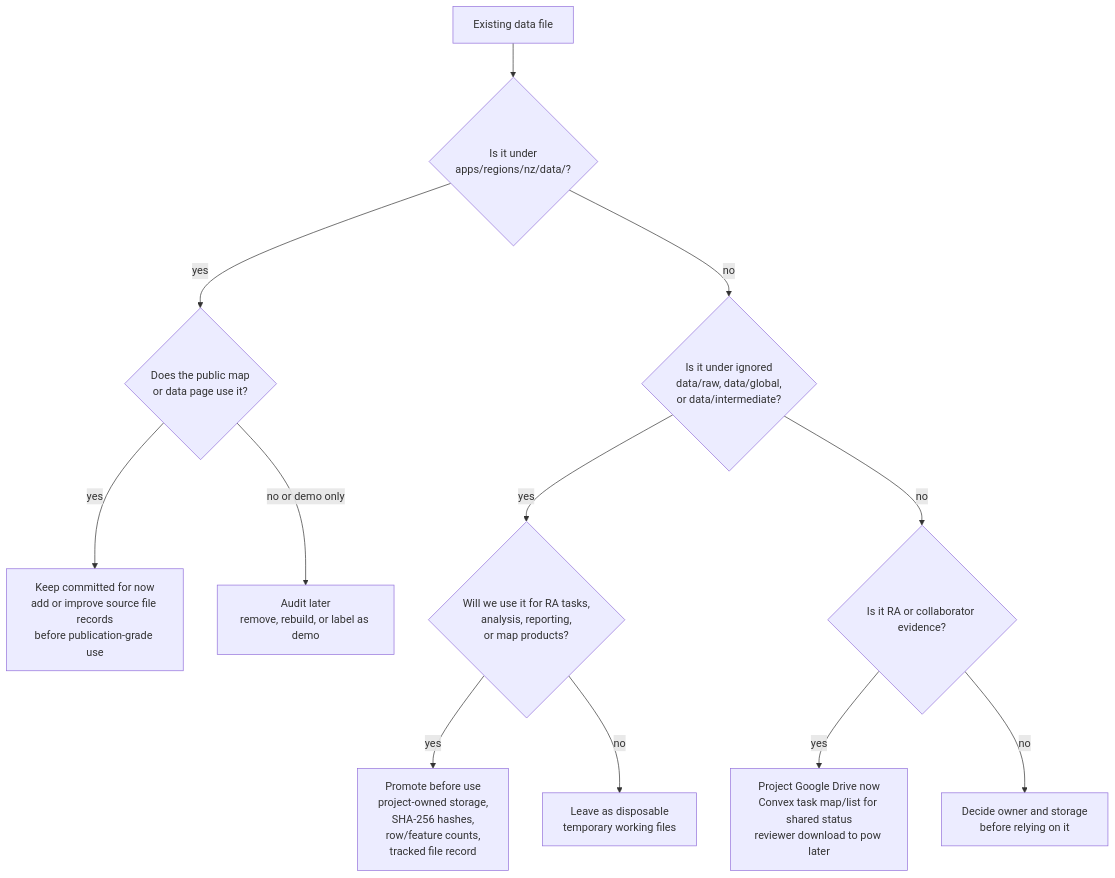
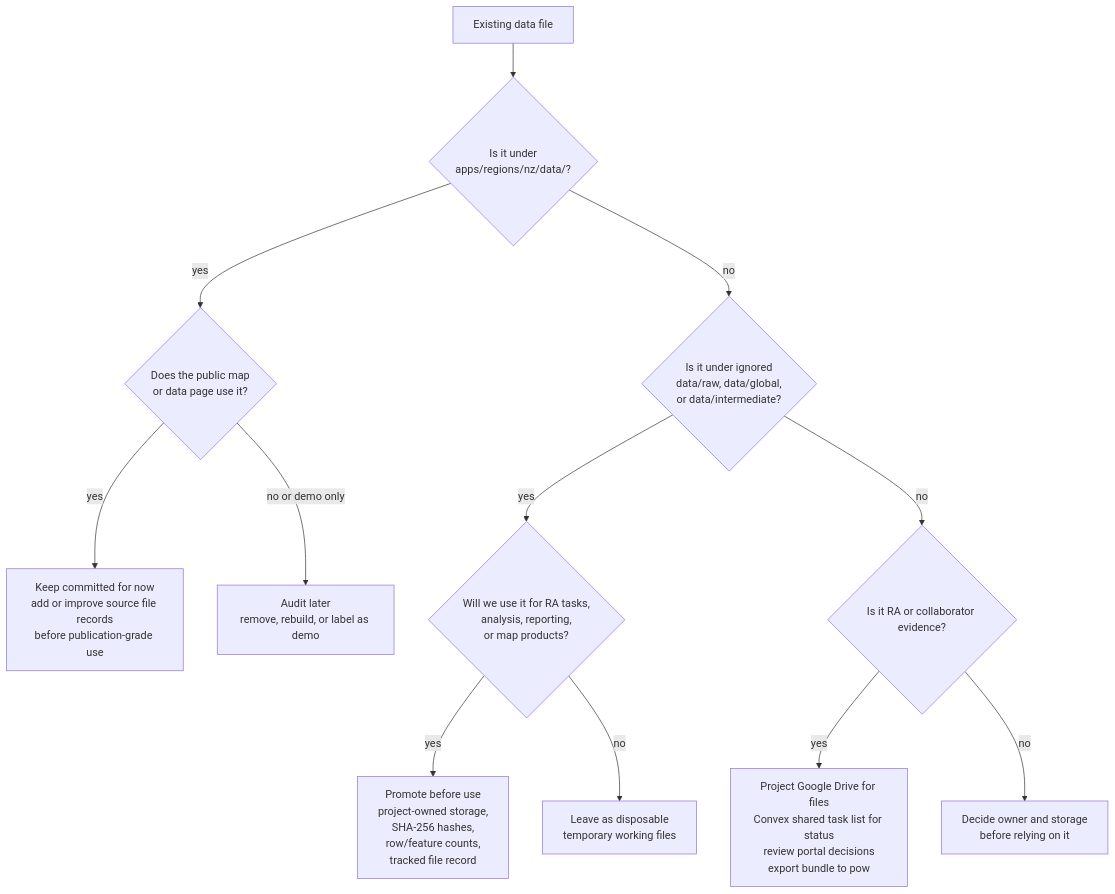
Before and after one commit to go-bayes/places-of-worship: the second of 3 diagrams in docs/data-storage-pipeline.md, drawn with Mermaid. The commit also changed other lines of this file and 4 other files, not shown here.

Commit message:
update review portal dataflow

````diff
--- a/docs/data-storage-pipeline.md
+++ b/docs/data-storage-pipeline.md
@@ -83,14 +89,14 @@
 ```mermaid
 flowchart TD
   A["Existing data file"] --> B{"Is it under<br/>apps/regions/nz/data/?"}
   B -->|yes| C{"Does the public map<br/>or data page use it?"}
   C -->|yes| D["Keep committed for now<br/>add or improve source file records<br/>before publication-grade use"]
   C -->|no or demo only| E["Audit later<br/>remove, rebuild, or label as demo"]
   B -->|no| F{"Is it under ignored<br/>data/raw, data/global,<br/>or data/intermediate?"}
   F -->|yes| G{"Will we use it for RA tasks,<br/>analysis, reporting,<br/>or map products?"}
   G -->|yes| H["Promote before use<br/>project-owned storage,<br/>SHA-256 hashes,<br/>row/feature counts,<br/>tracked file record"]
   G -->|no| I["Leave as disposable<br/>temporary working files"]
   F -->|no| J{"Is it RA or collaborator evidence?"}
-  J -->|yes| K["Project Google Drive now<br/>Convex task map/list for shared status<br/>reviewer download to pow later"]
+  J -->|yes| K["Project Google Drive for files<br/>Convex shared task list for status<br/>review portal decisions<br/>export bundle to pow"]
   J -->|no| L["Decide owner and storage<br/>before relying on it"]
 ```
````
